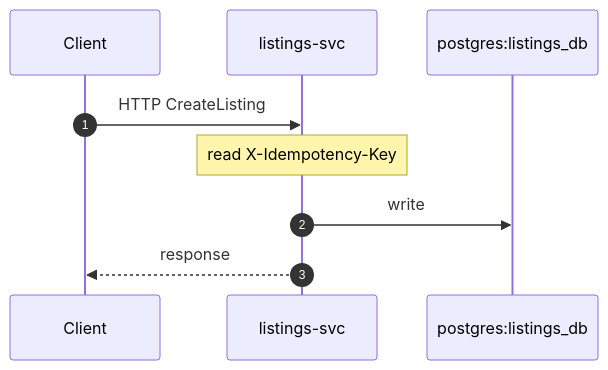
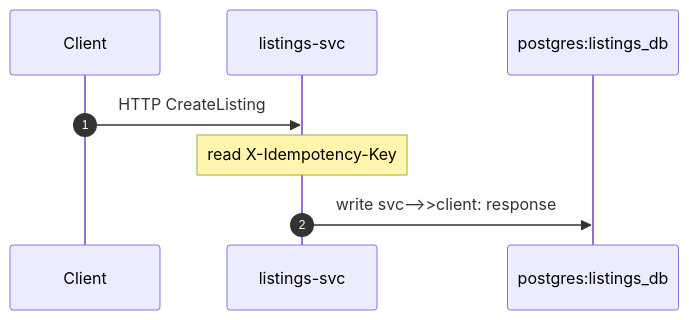
Before and after one commit to krus210/archspec: the diagram in examples/go-microservice-fixture/docs/diagrams/sequence.mmd, drawn with Mermaid. The commit also changed 15 other files, not shown here.

First line of the commit message:
feat: diagram read/write heuristic + responsibilities/invariants questionnaire + proto auto-detect (#8)

```diff
--- a/examples/go-microservice-fixture/docs/diagrams/sequence.mmd
+++ b/examples/go-microservice-fixture/docs/diagrams/sequence.mmd
@@ -1,10 +1,9 @@
-%% archspec sequence diagram (write path) for listings-svc
+%% archspec sequence diagram for listings-svc
 sequenceDiagram
   autonumber
   participant client as Client
   participant svc as listings-svc
   participant listings-db as postgres:listings_db
   client->>svc: HTTP CreateListing
   Note over svc: read X-Idempotency-Key
-  svc->>listings-db: write
-  svc-->>client: response
+  svc->>listings-db: write  svc-->>client: response
```
